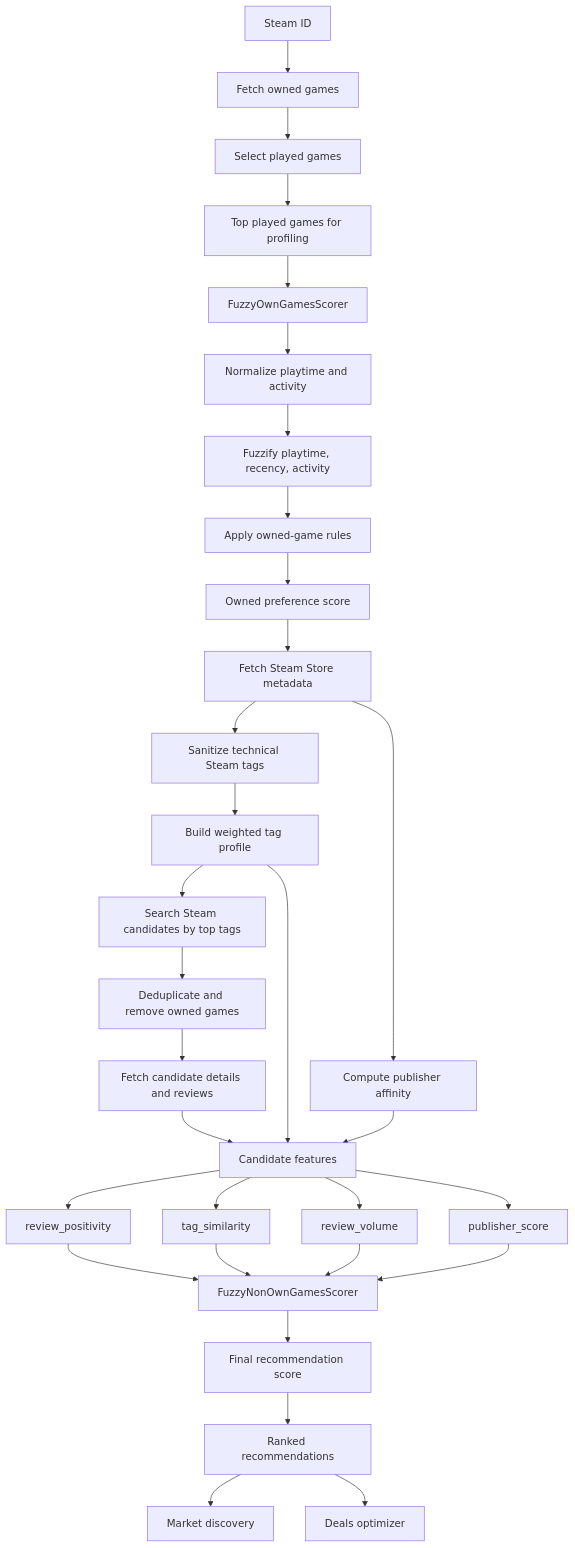
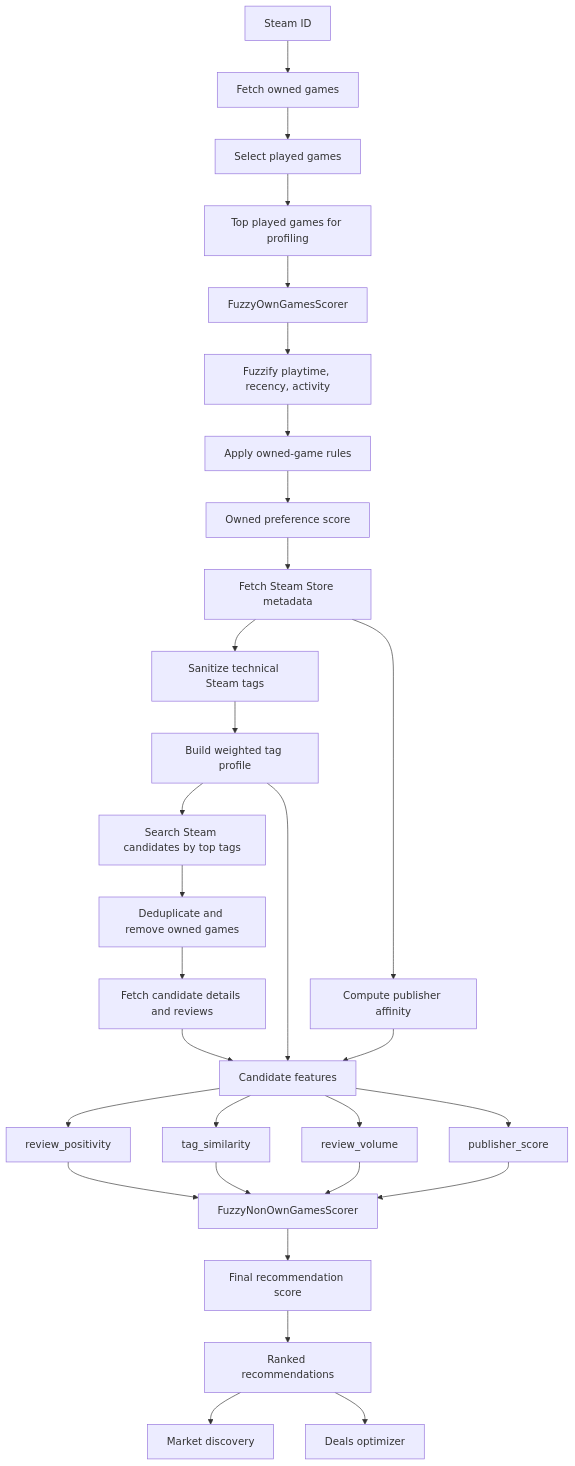
One commit to andika0x01/steam-game-recommender changed the diagram in README.md. Above: the diagram before and after it, drawn with Mermaid. The commit also changed other lines of this file and 8 other files, not shown here.

````diff
--- a/README.md
+++ b/README.md
@@ -16,38 +16,37 @@
 ```mermaid
 flowchart TD
     A[Steam ID] --> B[Fetch owned games]
     B --> C[Select played games]
     C --> D[Top played games for profiling]
 
     D --> E[FuzzyOwnGamesScorer]
-    E --> E1[Normalize playtime and activity]
-    E1 --> E2[Fuzzify playtime, recency, activity]
-    E2 --> E3[Apply owned-game rules]
-    E3 --> E4[Owned preference score]
+    E --> E1[Fuzzify playtime, recency, activity]
+    E1 --> E2[Apply owned-game rules]
+    E2 --> E3[Owned preference score]
 
-    E4 --> F[Fetch Steam Store metadata]
+    E3 --> F[Fetch Steam Store metadata]
     F --> G[Sanitize technical Steam tags]
     G --> H[Build weighted tag profile]
     F --> I[Compute publisher affinity]
 
     H --> J[Search Steam candidates by top tags]
     J --> K[Deduplicate and remove owned games]
     K --> L[Fetch candidate details and reviews]
 
     L --> M[Candidate features]
     H --> M
     I --> M
     M --> M1[review_positivity]
     M --> M2[tag_similarity]
     M --> M3[review_volume]
     M --> M4[publisher_score]
 
     M1 --> N[FuzzyNonOwnGamesScorer]
     M2 --> N
     M3 --> N
     M4 --> N
     N --> O[Final recommendation score]
     O --> P[Ranked recommendations]
     P --> Q[Market discovery]
     P --> R[Deals optimizer]
 ```
````
